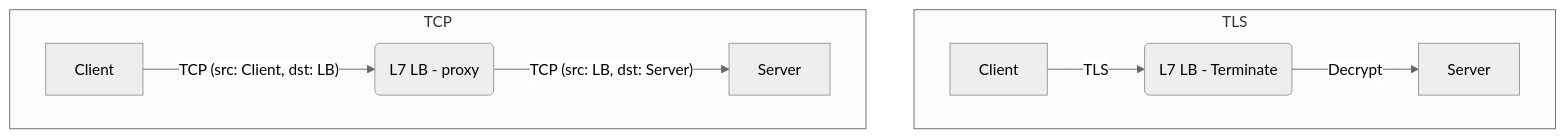
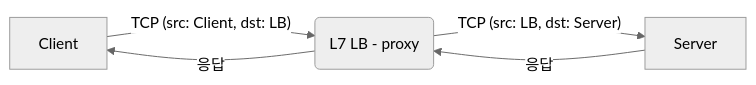
Before and after one commit to HyunmoAhn/hyunmoahn.github.io: the seventh of 8 diagrams in blog/2025-11-23-before-gateway-api-l4-l7-tcp-http-tls.md, drawn with Mermaid (neutral theme). The commit also changed other lines of this file, not shown here.

````diff
--- a/blog/2025-11-23-before-gateway-api-l4-l7-tcp-http-tls.md
+++ b/blog/2025-11-23-before-gateway-api-l4-l7-tcp-http-tls.md
@@ -234,10 +252,5 @@
 ```mermaid
-flowchart TD
-    subgraph TLS
-        Client2["Client"] -- TLS --> LB2("L7 LB - Terminate") -- Decrypt --> Server2["Server"]
-    end
-
-    subgraph TCP
-        Client -- TCP (src: Client, dst: LB)--> LB("L7 LB - proxy")  -- TCP (src: LB, dst: Server) --> Server
-    end
+flowchart LR
+   Client -- TCP (src: Client, dst: LB)--> LB("L7 LB - proxy")  -- TCP (src: LB, dst: Server) --> Server
+   Server -- 응답 --> LB -- 응답 --> Client
 ```
````
